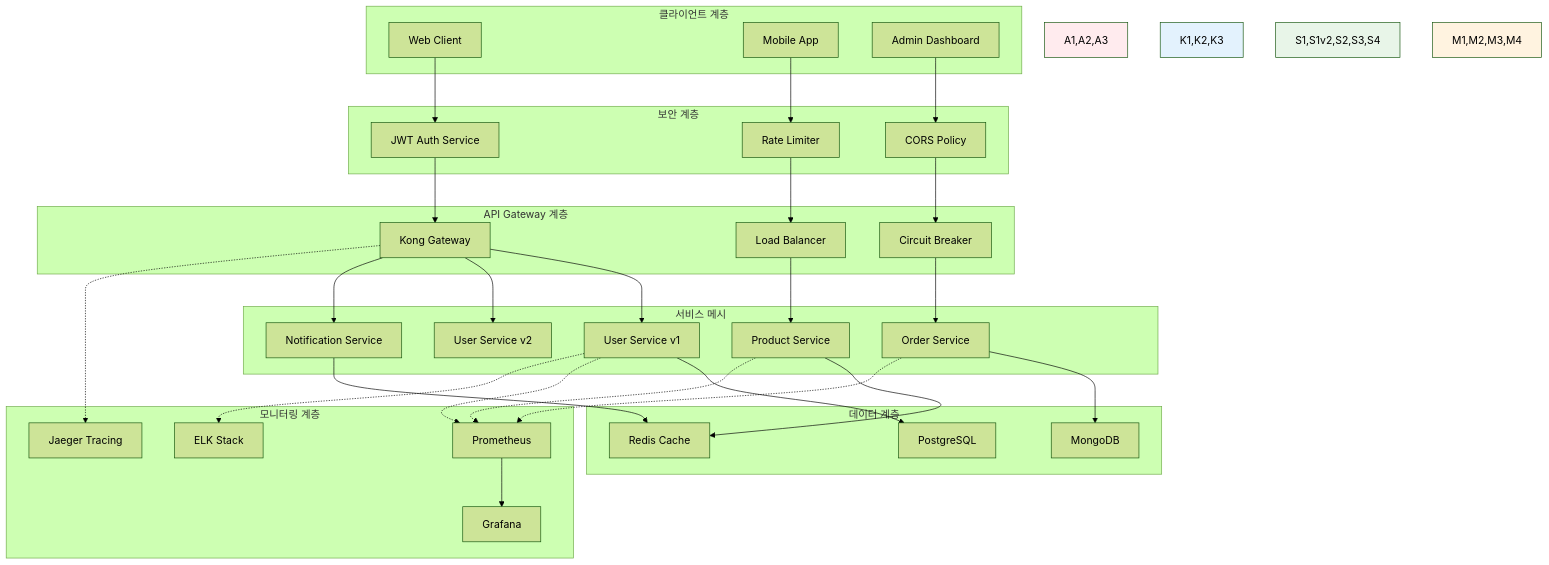
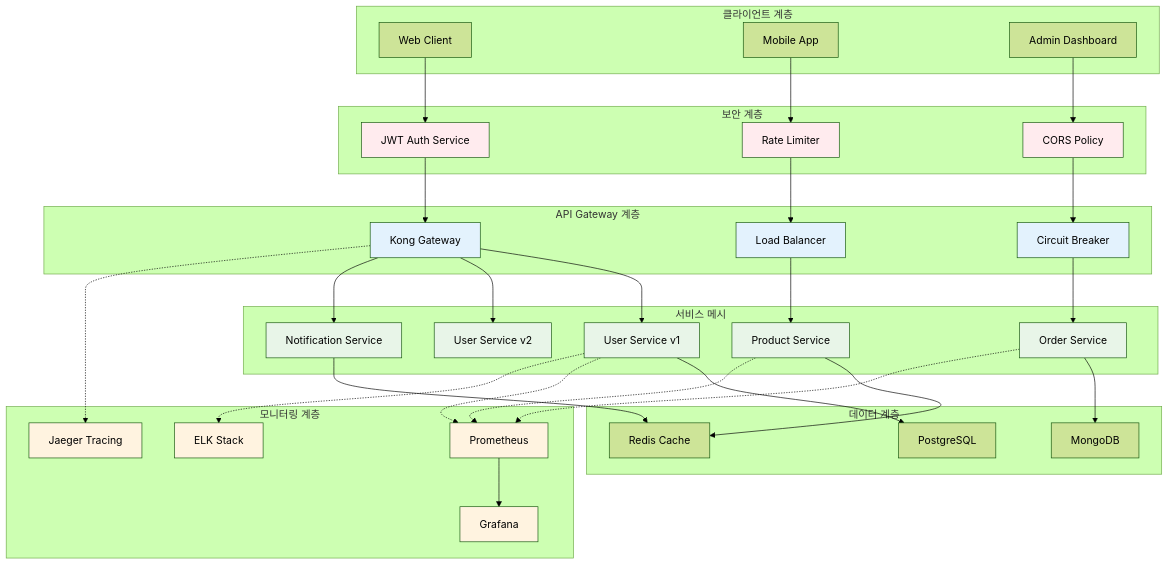
One commit to niceguy61/kdt_devops_lecture_2025 changed the diagram in theory/week_04/day2/handson_1.md. Above: the diagram before and after it, drawn with Mermaid (forest theme).

Commit message:
mermaid update

````diff
--- a/theory/week_04/day2/handson_1.md
+++ b/theory/week_04/day2/handson_1.md
@@ -101,8 +101,19 @@
     K1 -.-> M3
     S1 -.-> M4
     
-    style A1,A2,A3 fill:#ffebee
-    style K1,K2,K3 fill:#e3f2fd
-    style S1,S1v2,S2,S3,S4 fill:#e8f5e8
-    style M1,M2,M3,M4 fill:#fff3e0
+    style A1 fill:#ffebee
+    style A2 fill:#ffebee
+    style A3 fill:#ffebee
+    style K1 fill:#e3f2fd
+    style K2 fill:#e3f2fd
+    style K3 fill:#e3f2fd
+    style S1 fill:#e8f5e8
+    style S1v2 fill:#e8f5e8
+    style S2 fill:#e8f5e8
+    style S3 fill:#e8f5e8
+    style S4 fill:#e8f5e8
+    style M1 fill:#fff3e0
+    style M2 fill:#fff3e0
+    style M3 fill:#fff3e0
+    style M4 fill:#fff3e0
 ```
````
